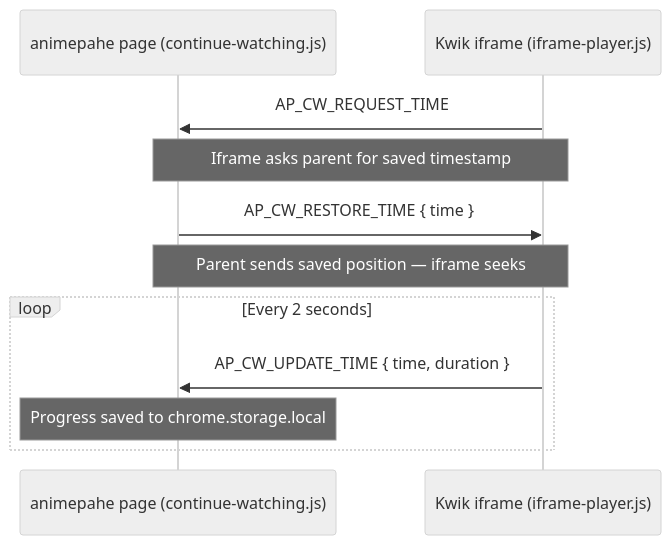
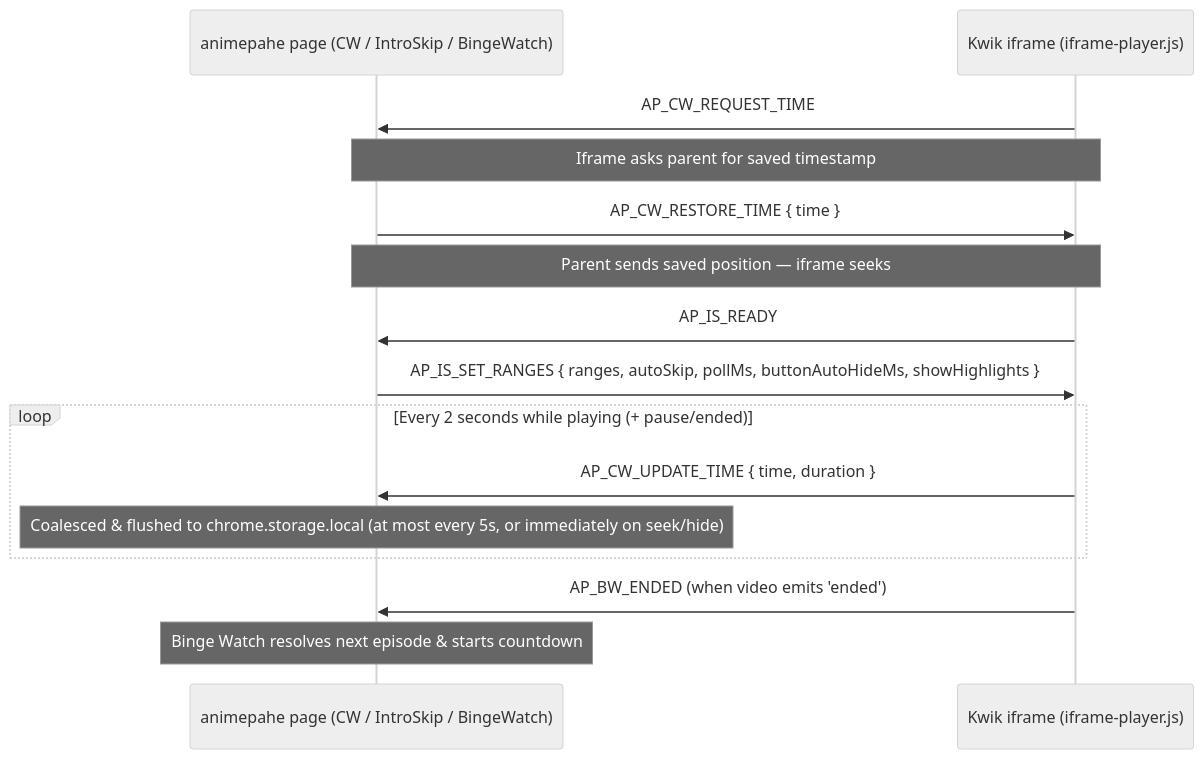
One commit to abdullahkhfb/animepahe-enhancer changed the third of 5 diagrams in docs/ARCHITECTURE.md. Above: the diagram before and after it, drawn with Mermaid (neutral theme). The commit also changed other lines of this file and 41 other files, not shown here.

````diff
--- a/docs/ARCHITECTURE.md
+++ b/docs/ARCHITECTURE.md
@@ -173,14 +189,18 @@
 ```mermaid
 sequenceDiagram
-    participant P as animepahe page (continue-watching.js)
+    participant P as animepahe page (CW / IntroSkip / BingeWatch)
     participant K as Kwik iframe (iframe-player.js)
 
     K->>P: AP_CW_REQUEST_TIME
     Note over K,P: Iframe asks parent for saved timestamp
     P->>K: AP_CW_RESTORE_TIME { time }
     Note over K,P: Parent sends saved position — iframe seeks
-    loop Every 2 seconds
+    K->>P: AP_IS_READY
+    P->>K: AP_IS_SET_RANGES { ranges, autoSkip, pollMs, buttonAutoHideMs, showHighlights }
+    loop Every 2 seconds while playing (+ pause/ended)
         K->>P: AP_CW_UPDATE_TIME { time, duration }
-        Note over P: Progress saved to chrome.storage.local
+        Note over P: Coalesced & flushed to chrome.storage.local (at most every 5s, or immediately on seek/hide)
     end
+    K->>P: AP_BW_ENDED (when video emits 'ended')
+    Note over P: Binge Watch resolves next episode & starts countdown
 ```
````
